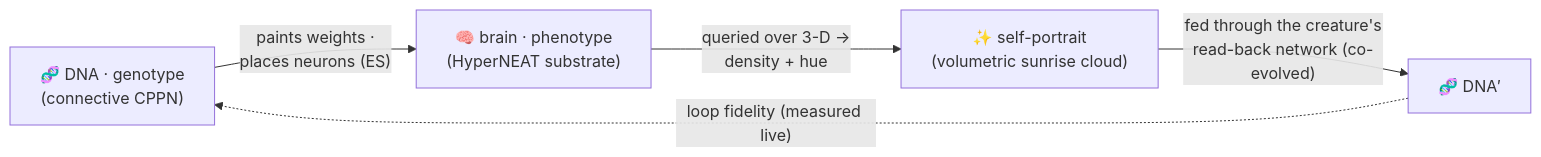
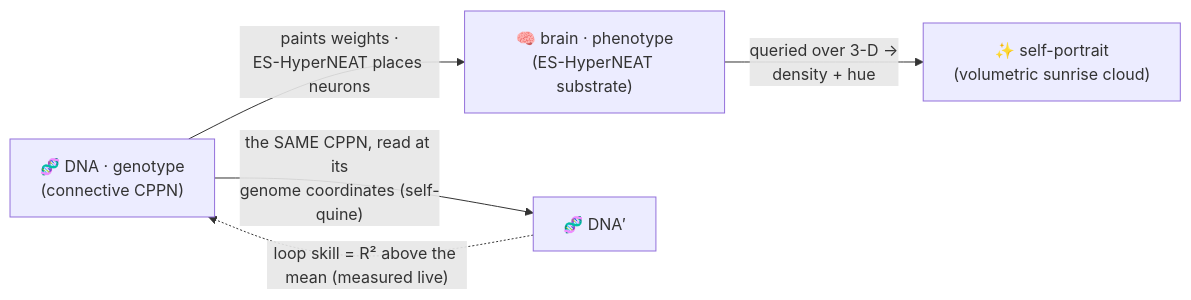
One commit to admiralakber/autograph changed the first of 3 diagrams in docs/notes/architecture.md. Above: the diagram before and after it, drawn with Mermaid. The commit also changed other lines of this file and 6 other files, not shown here.

First line of the commit message:
docs: reconcile every claim to the genuine ES-HyperNEAT + self-quine

````diff
--- a/docs/notes/architecture.md
+++ b/docs/notes/architecture.md
@@ -37,7 +37,7 @@
 ```mermaid
 flowchart LR
-  DNA["🧬 DNA · genotype<br/>(connective CPPN)"] -->|"paints weights ·<br/>places neurons (ES)"| PHENO["🧠 brain · phenotype<br/>(HyperNEAT substrate)"]
+  DNA["🧬 DNA · genotype<br/>(connective CPPN)"] -->|"paints weights ·<br/>ES-HyperNEAT places neurons"| PHENO["🧠 brain · phenotype<br/>(ES-HyperNEAT substrate)"]
   PHENO -->|"queried over 3-D →<br/>density + hue"| ART["✨ self-portrait<br/>(volumetric sunrise cloud)"]
-  ART -->|"fed through the creature's<br/>read-back network (co-evolved)"| DNA2["🧬 DNA′"]
-  DNA2 -. "loop fidelity (measured live)" .-> DNA
+  DNA -->|"the SAME CPPN, read at its<br/>genome coordinates (self-quine)"| DNA2["🧬 DNA′"]
+  DNA2 -. "loop skill = R² above the mean (measured live)" .-> DNA
 ```
````
